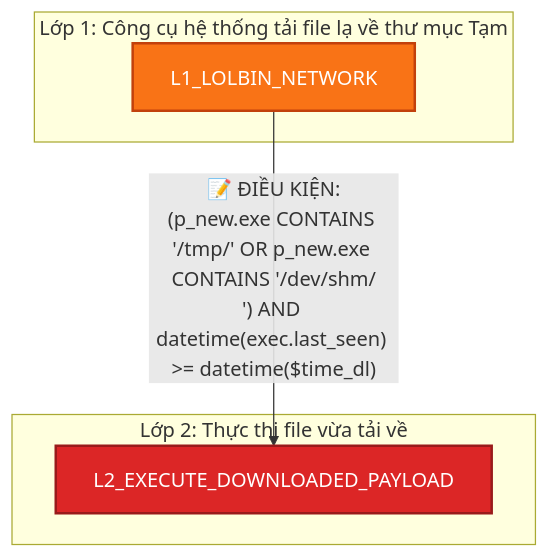
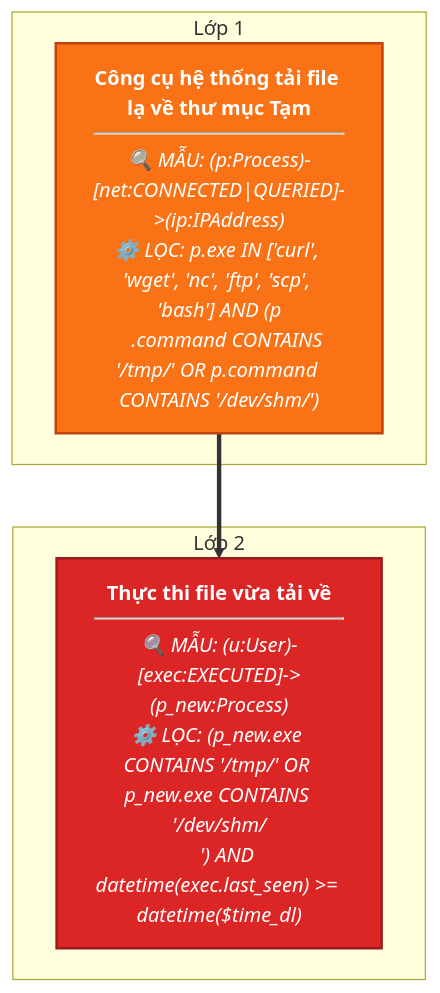
Before and after one commit to ttm62/bug-free-doodle: the sixth of 14 diagrams in all_rules/README.md, drawn with Mermaid. The commit also changed other lines of this file and 31 other files, not shown here.

````diff
--- a/all_rules/README.md
+++ b/all_rules/README.md
@@ -125,15 +95,15 @@
 ```mermaid
 graph TD
     classDef low fill:#fef08a,stroke:#ca8a04,stroke-width:2px,color:#854d0e;
     classDef medium fill:#f97316,stroke:#c2410c,stroke-width:2px,color:#fff;
     classDef high fill:#dc2626,stroke:#991b1b,stroke-width:2px,color:#fff;
     classDef critical fill:#7f1d1d,stroke:#450a0a,stroke-width:2px,color:#fff;
 
-    subgraph Layer1 ["Lớp 1: Công cụ hệ thống tải file lạ về thư mục Tạm"]
-        L1_LOLBIN_NETWORK["L1_LOLBIN_NETWORK"]:::medium
+    subgraph Layer_L1_LOLBIN_NETWORK ["Lớp 1"]
+        L1_LOLBIN_NETWORK["<b>Công cụ hệ thống tải file lạ về thư mục Tạm</b><br/><hr/><i>🔍 MẪU: (p:Process)-[net:CONNECTED|QUERIED]->(ip:IPAddress)<br/>⚙️ LỌC: p.exe IN ['curl', 'wget', 'nc', 'ftp', 'scp', 'bash'] AND (p<br/>&nbsp;&nbsp;&nbsp;&nbsp;.command CONTAINS '/tmp/' OR p.command CONTAINS '/dev/shm/')</i>"]:::medium
     end
-    subgraph Layer2 ["Lớp 2: Thực thi file vừa tải về"]
-        L2_EXECUTE_DOWNLOADED_PAYLOAD["L2_EXECUTE_DOWNLOADED_PAYLOAD"]:::high
+    subgraph Layer_L2_EXECUTE_DOWNLOADED_PAYLOAD ["Lớp 2"]
+        L2_EXECUTE_DOWNLOADED_PAYLOAD["<b>Thực thi file vừa tải về</b><br/><hr/><i>🔍 MẪU: (u:User)-[exec:EXECUTED]->(p_new:Process)<br/>⚙️ LỌC: (p_new.exe CONTAINS '/tmp/' OR p_new.exe CONTAINS '/dev/shm/<br/>&nbsp;&nbsp;&nbsp;&nbsp;') AND datetime(exec.last_seen) >= datetime($time_dl)</i>"]:::high
     end
-    L1_LOLBIN_NETWORK -->|"📝 ĐIỀU KIỆN:<br/>(p_new.exe CONTAINS '/tmp/' OR p_new.exe CONTAINS '/dev/shm/<br/>') AND datetime(exec.last_seen) >= datetime($time_dl)"| L2_EXECUTE_DOWNLOADED_PAYLOAD
+    L1_LOLBIN_NETWORK ==> L2_EXECUTE_DOWNLOADED_PAYLOAD
 ```
````
